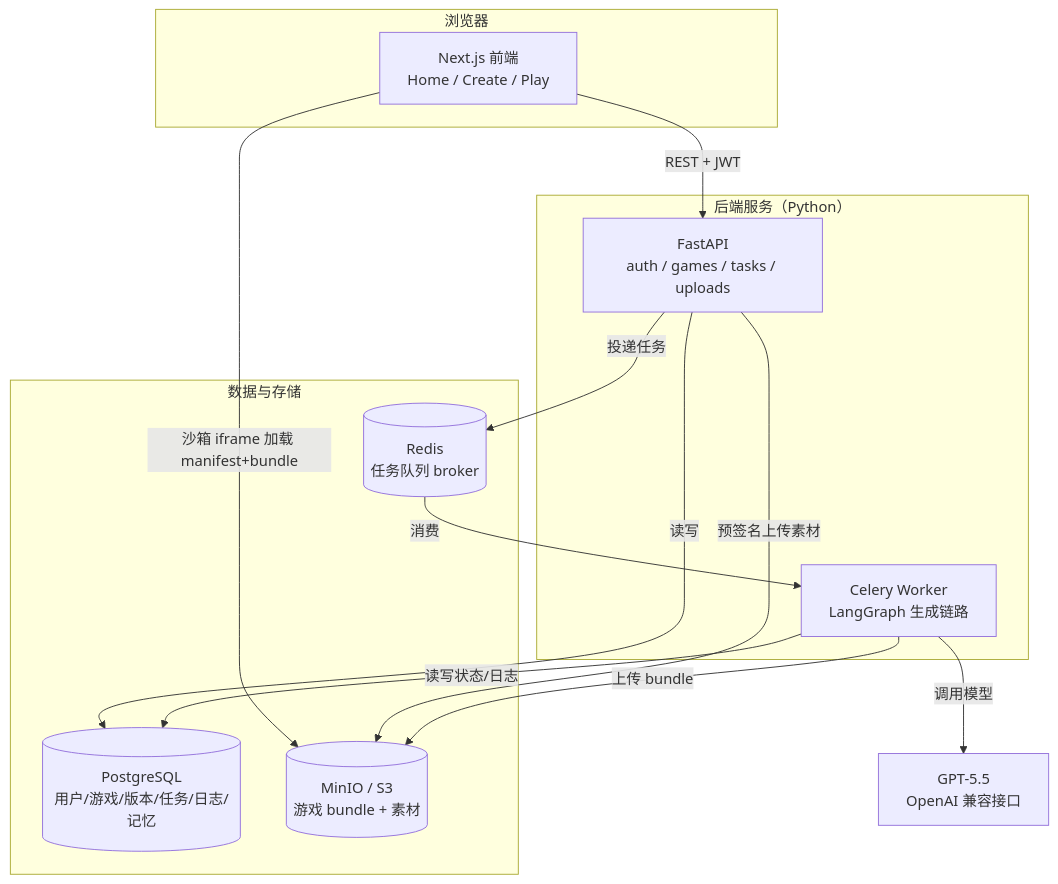
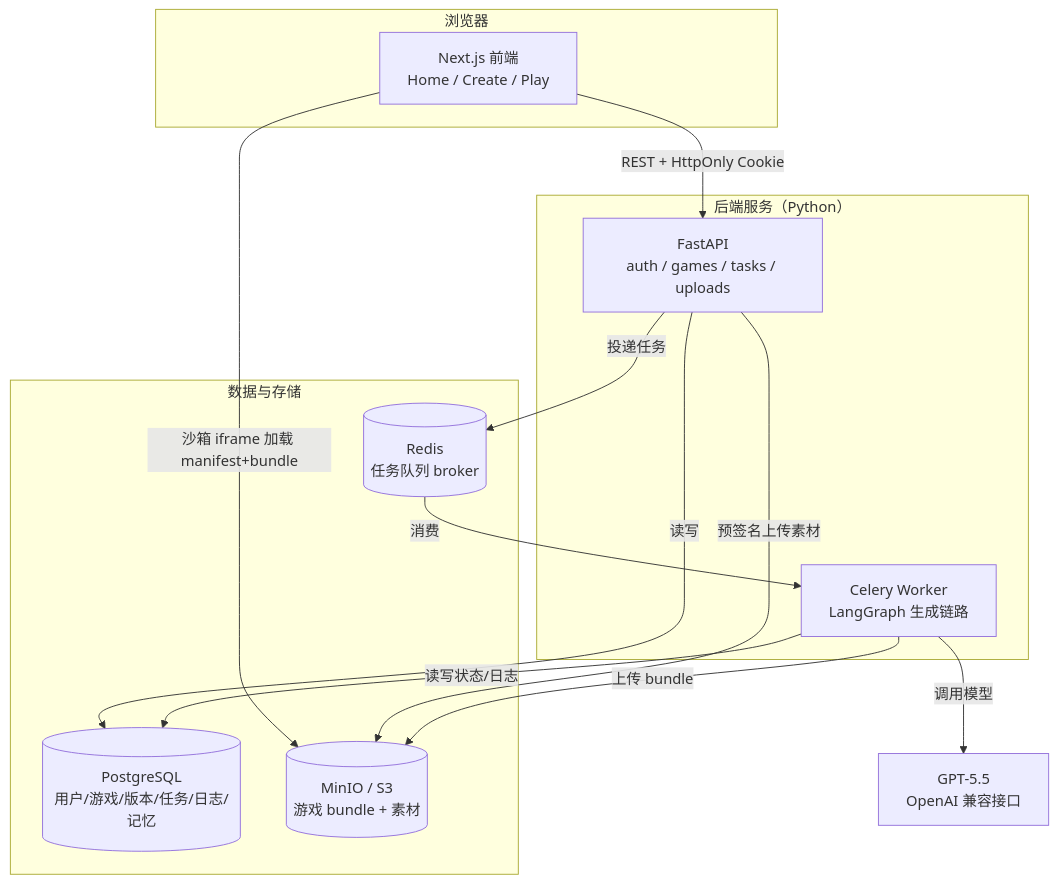
One commit to charlie11sun-netizen/yahaha changed the first of 8 diagrams in docs/系统架构.md. Above: the diagram before and after it, drawn with Mermaid. The commit also changed other lines of this file and 64 other files, not shown here.

````diff
--- a/docs/系统架构.md
+++ b/docs/系统架构.md
@@ -27,29 +27,29 @@
 ```mermaid
 flowchart TB
     subgraph Client["浏览器"]
         UI["Next.js 前端<br/>Home / Create / Play"]
     end
 
     subgraph Backend["后端服务（Python）"]
         API["FastAPI<br/>auth / games / tasks / uploads"]
         Worker["Celery Worker<br/>LangGraph 生成链路"]
     end
 
     subgraph Store["数据与存储"]
         PG[("PostgreSQL<br/>用户/游戏/版本/任务/日志/记忆")]
         Redis[("Redis<br/>任务队列 broker")]
         OSS[("MinIO / S3<br/>游戏 bundle + 素材")]
     end
 
     LLM["GPT-5.5<br/>OpenAI 兼容接口"]
 
-    UI -->|"REST + JWT"| API
+    UI -->|"REST + HttpOnly Cookie"| API
     UI -->|"沙箱 iframe 加载 manifest+bundle"| OSS
     API -->|"读写"| PG
     API -->|"投递任务"| Redis
     API -->|"预签名上传素材"| OSS
     Redis -->|"消费"| Worker
     Worker -->|"读写状态/日志"| PG
     Worker -->|"调用模型"| LLM
     Worker -->|"上传 bundle"| OSS
 ```
````
